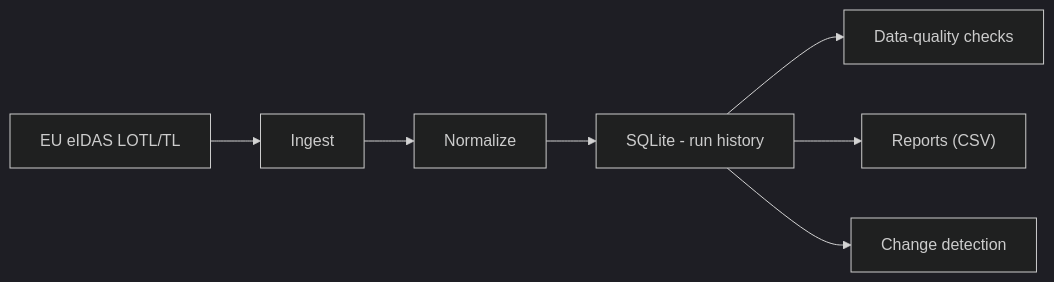
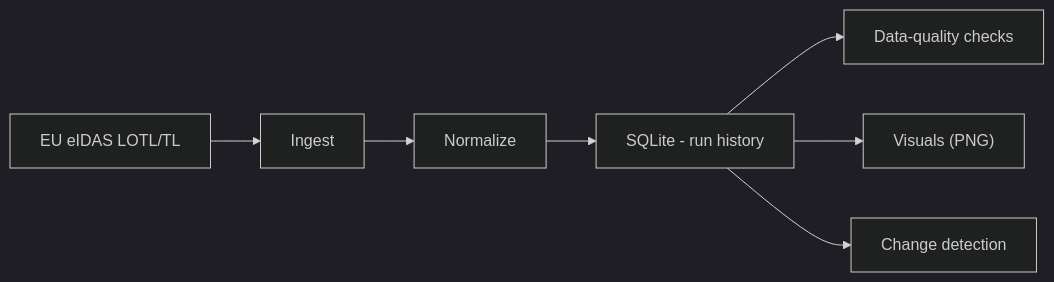
One commit to karlazadro/eidastl-monitor changed the diagram in README.md. Above: the diagram before and after it, drawn with Mermaid (dark theme). The commit also changed other lines of this file, not shown here.

Commit message:
Update README with auto-generated visuals

````diff
--- a/README.md
+++ b/README.md
@@ -7,9 +7,9 @@
 ```mermaid
 flowchart LR
   A[EU eIDAS LOTL/TL] --> B[Ingest];
   B --> C[Normalize];
   C --> D["SQLite - run history"];
   D --> E[Data-quality checks];
-  D --> F["Reports (CSV)"];
+  D --> F["Visuals (PNG)"];
   D --> G[Change detection];
 ```
````
